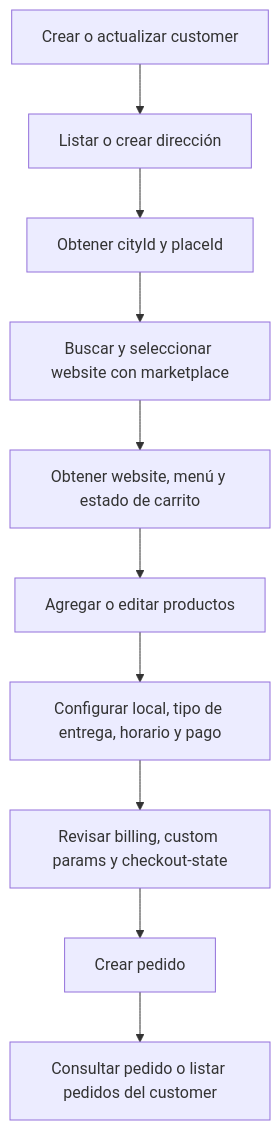
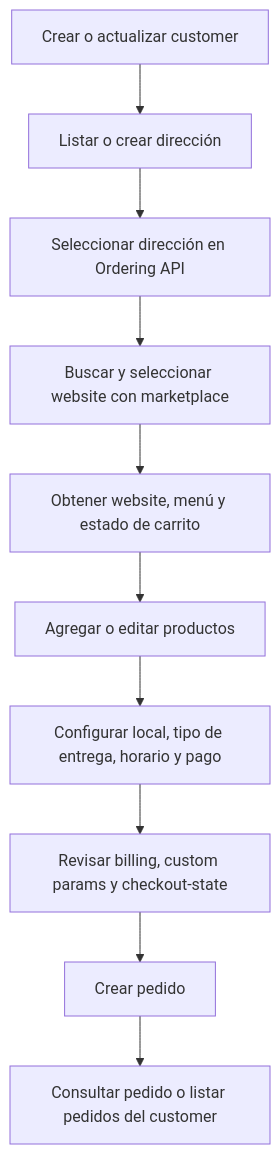
One commit to getjusto/docs changed the diagram in docs/services/ordering_api/integration-tips.mdx. Above: the diagram before and after it, drawn with Mermaid. The commit also changed other lines of this file and 37 other files, not shown here.

Commit message:
Document Ordering API with automatic OpenAPI pages

````diff
--- a/docs/services/ordering_api/integration-tips.mdx
+++ b/docs/services/ordering_api/integration-tips.mdx
@@ -16,12 +16,12 @@
 ```mermaid
 flowchart TD
   A["Crear o actualizar customer"] --> B["Listar o crear dirección"]
-  B --> C["Obtener cityId y placeId"]
+  B --> C["Seleccionar dirección en Ordering API"]
   C --> D["Buscar y seleccionar website con marketplace"]
   D --> E["Obtener website, menú y estado de carrito"]
   E --> F["Agregar o editar productos"]
   F --> G["Configurar local, tipo de entrega, horario y pago"]
   G --> H["Revisar billing, custom params y checkout-state"]
   H --> I["Crear pedido"]
   I --> J["Consultar pedido o listar pedidos del customer"]
 ```
````
